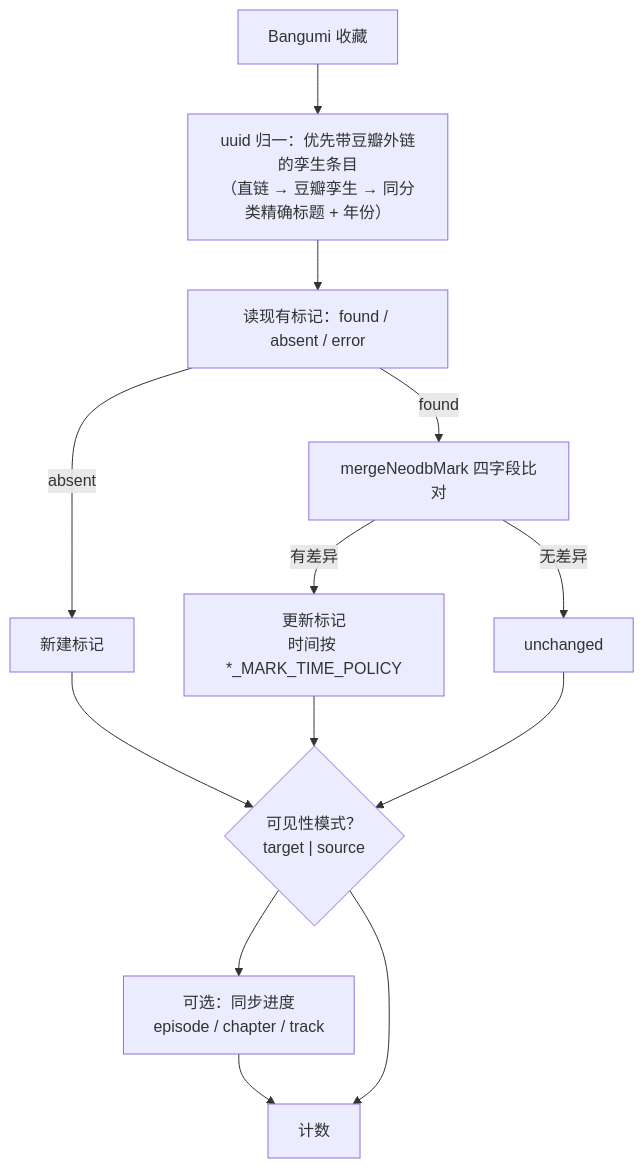
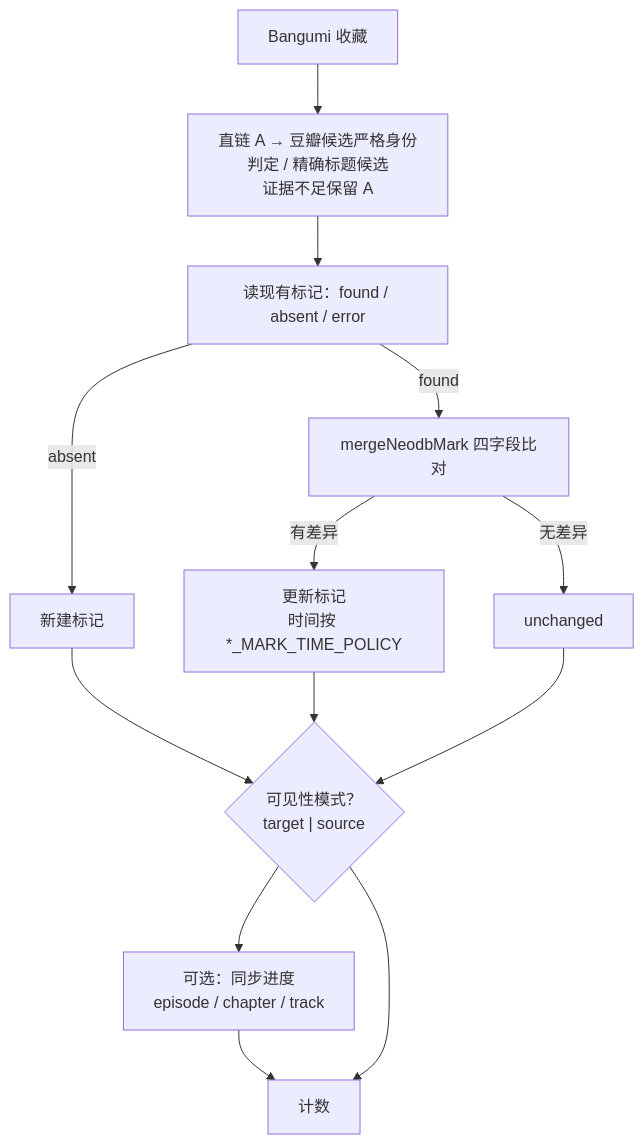
The sixth of 10 diagrams in README.md (sachikoakina/Audiovisual-Transporter), drawn with Mermaid before and after one commit. The commit also changed other lines of this file and 12 other files, not shown here.

````diff
--- a/README.md
+++ b/README.md
@@ -136,15 +136,15 @@
 ```mermaid
 flowchart TD
-    A["Bangumi 收藏"] --> B["uuid 归一：优先带豆瓣外链的孪生条目<br/>（直链 → 豆瓣孪生 → 同分类精确标题 + 年份）"]
+    A["Bangumi 收藏"] --> B["直链 A → 豆瓣候选严格身份判定 / 精确标题候选<br/>证据不足保留 A"]
     B --> C["读现有标记：found / absent / error"]
     C -->|absent| D["新建标记"]
     C -->|found| E["mergeNeodbMark 四字段比对"]
     E -->|有差异| F["更新标记<br/>时间按 *_MARK_TIME_POLICY"]
     E -->|无差异| G["unchanged"]
     D --> H{"可见性模式？<br/>target | source"}
     F --> H
     G --> H
     H --> I["可选：同步进度<br/>episode / chapter / track"]
     I --> Z["计数"]
     H --> Z
 ```
````
